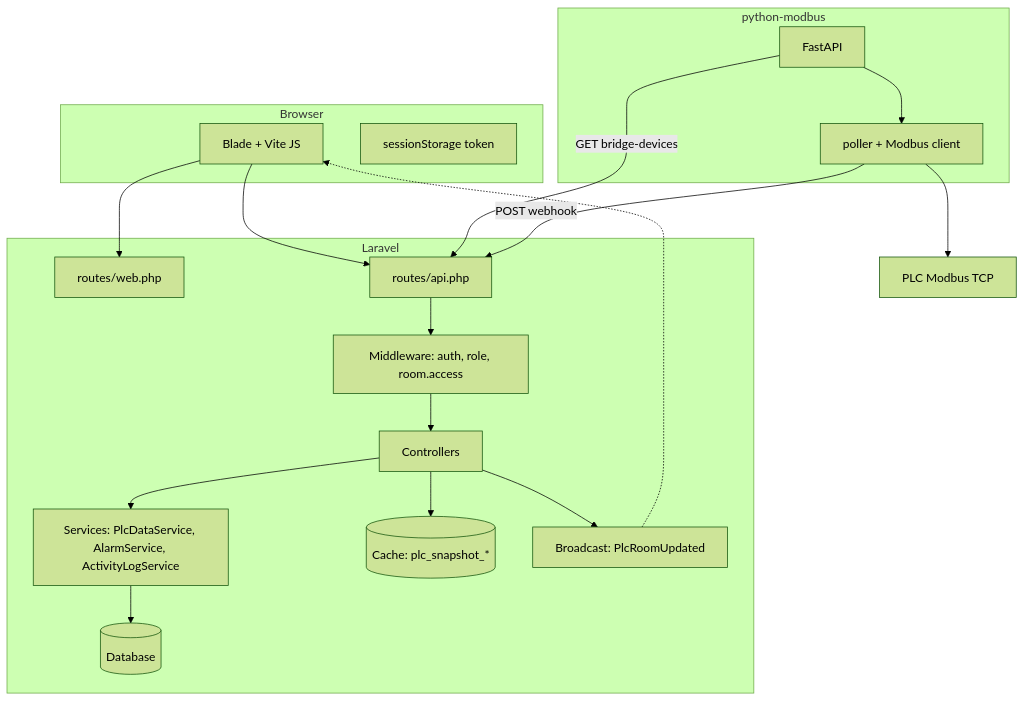
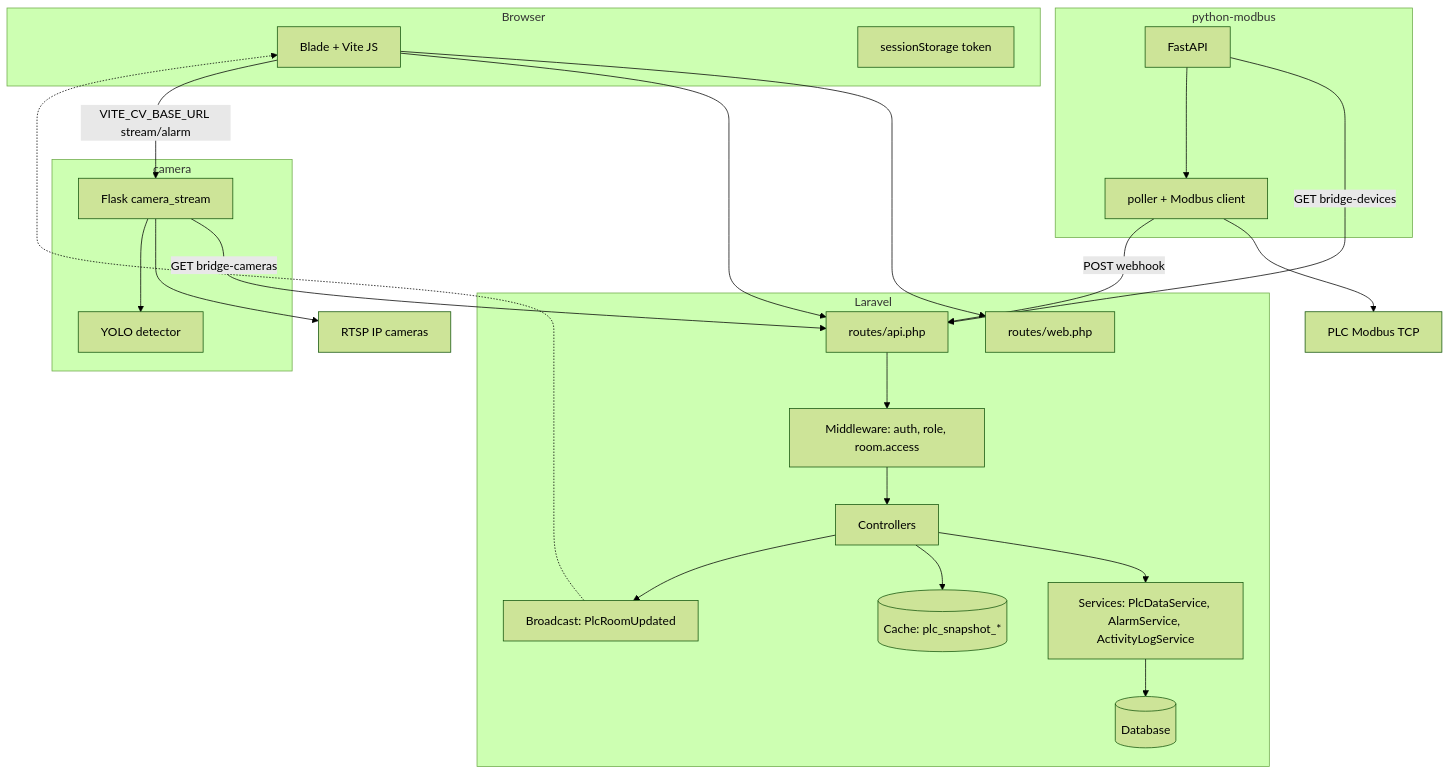
Before and after one commit to Maksum885/dashboard_spm: the first of 4 diagrams in docs/SISTEM_CARA_KERJA_DAN_INDEKS_FILE.md, drawn with Mermaid (forest theme). The commit also changed other lines of this file and 34 other files, not shown here.

````diff
--- a/docs/SISTEM_CARA_KERJA_DAN_INDEKS_FILE.md
+++ b/docs/SISTEM_CARA_KERJA_DAN_INDEKS_FILE.md
@@ -11,33 +11,42 @@
 ```mermaid
 flowchart TB
   subgraph browser [Browser]
     Blade[Blade + Vite JS]
     SS[sessionStorage token]
   end
   subgraph laravel [Laravel]
     WebR[routes/web.php]
     ApiR[routes/api.php]
     MW[Middleware: auth, role, room.access]
     Ctrl[Controllers]
     Svc[Services: PlcDataService, AlarmService, ActivityLogService]
     DB[(Database)]
     Cache[(Cache: plc_snapshot_*)]
     BC[Broadcast: PlcRoomUpdated]
   end
   subgraph bridge [python-modbus]
     FA[FastAPI]
     POL[poller + Modbus client]
   end
+  subgraph cv [camera]
+    FL[Flask camera_stream]
+    YOLO[YOLO detector]
+  end
   PLC[PLC Modbus TCP]
+  RTSP[RTSP IP cameras]
 
   Blade --> WebR
   Blade --> ApiR
   ApiR --> MW --> Ctrl --> Svc --> DB
   Ctrl --> Cache
   Ctrl --> BC
   BC -.-> Blade
   FA -->|GET bridge-devices| ApiR
   POL --> PLC
   POL -->|POST webhook| ApiR
   FA --> POL
+  FL -->|GET bridge-cameras| ApiR
+  FL --> RTSP
+  FL --> YOLO
+  Blade -->|VITE_CV_BASE_URL stream/alarm| FL
 ```
````
